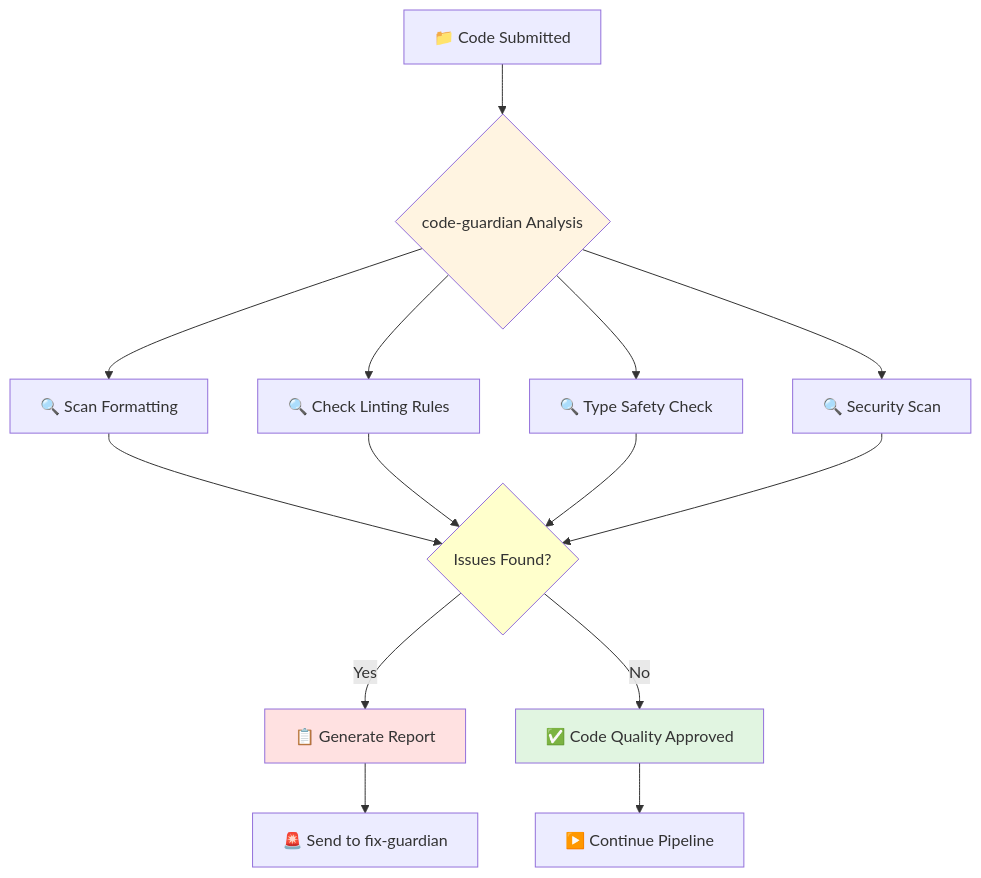
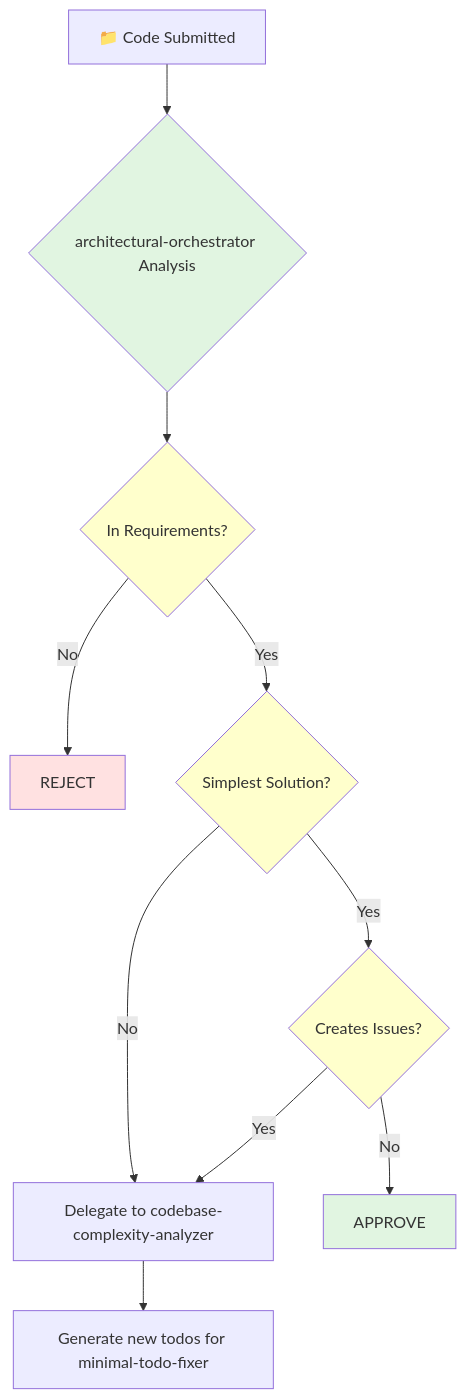
Before and after one commit to kairin/claude-guardian-agents: the second of 5 diagrams in docs/workflows/development-workflow.md, drawn with Mermaid. The commit also changed other lines of this file and 80 other files, not shown here.

````diff
--- a/docs/workflows/development-workflow.md
+++ b/docs/workflows/development-workflow.md
@@ -27,24 +23,20 @@
 ```mermaid
 flowchart TD
-    A[📁 Code Submitted] --> B{code-guardian Analysis}
-    B --> C[🔍 Scan Formatting]
-    B --> D[🔍 Check Linting Rules]
-    B --> E[🔍 Type Safety Check]
-    B --> F[🔍 Security Scan]
+    A[📁 Code Submitted] --> B{architectural-orchestrator Analysis}
+    B --> C{In Requirements?}
+    C -->|No| D[REJECT]
+    C -->|Yes| E{Simplest Solution?}
+    E -->|No| F[Delegate to codebase-complexity-analyzer]
+    E -->|Yes| G{Creates Issues?}
+    G -->|Yes| F
+    G -->|No| H[APPROVE]
 
-    C --> G{Issues Found?}
-    D --> G
-    E --> G
-    F --> G
+    F --> I[Generate new todos for minimal-todo-fixer]
 
-    G -->|Yes| H[📋 Generate Report]
-    G -->|No| I[✅ Code Quality Approved]
-
-    H --> J[🚨 Send to fix-guardian]
-    I --> K[▶️ Continue Pipeline]
-
-    style B fill:#fff4e1
+    style B fill:#e1f5e1
+    style C fill:#ffffcc
+    style E fill:#ffffcc
     style G fill:#ffffcc
-    style H fill:#ffe1e1
-    style I fill:#e1f5e1
+    style D fill:#ffe1e1
+    style H fill:#e1f5e1
 ```
````
